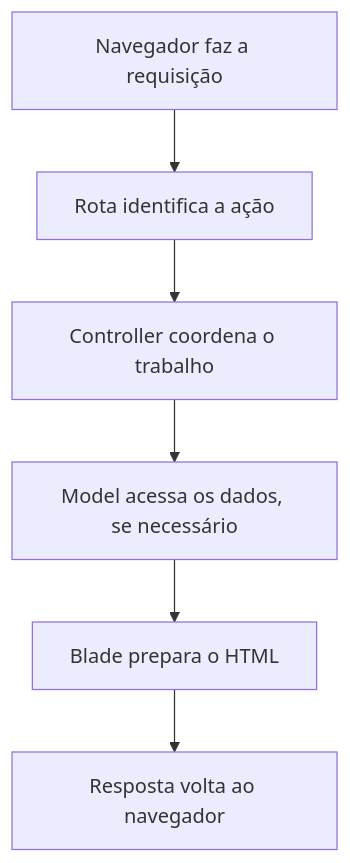
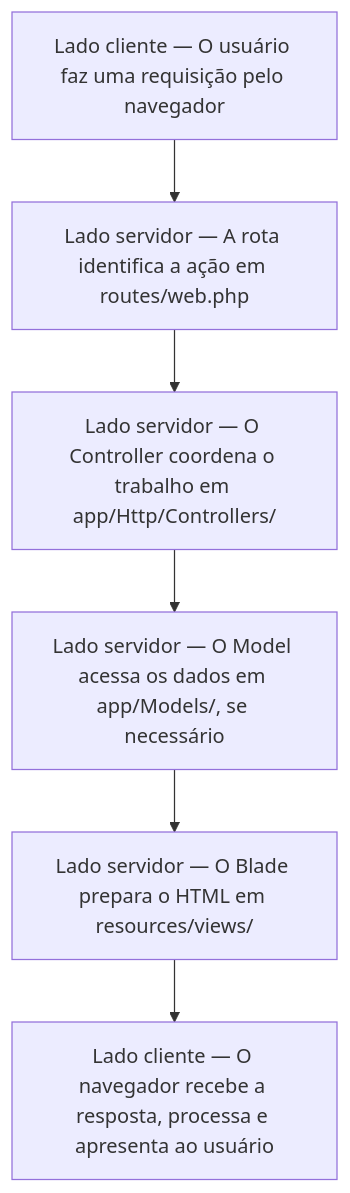
One commit to AlexandreSGV/curso-web-2 changed the first of 2 diagrams in unidade-1/01-primeiro-contato-laravel/README.md. Above: the diagram before and after it, drawn with Mermaid. The commit also changed other lines of this file, not shown here.

Commit message:
Melhora diagramas de fluxo do Laravel

````diff
--- a/unidade-1/01-primeiro-contato-laravel/README.md
+++ b/unidade-1/01-primeiro-contato-laravel/README.md
@@ -65,8 +66,8 @@
 ```mermaid
 flowchart TD
-    A["Navegador faz a requisição"] --> B["Rota identifica a ação"]
-    B --> C["Controller coordena o trabalho"]
-    C --> D["Model acessa os dados, se necessário"]
-    D --> E["Blade prepara o HTML"]
-    E --> F["Resposta volta ao navegador"]
+    A["Lado cliente — O usuário faz uma requisição pelo navegador"] --> B["Lado servidor — A rota identifica a ação em routes/web.php"]
+    B --> C["Lado servidor — O Controller coordena o trabalho em app/Http/Controllers/"]
+    C --> D["Lado servidor — O Model acessa os dados em app/Models/, se necessário"]
+    D --> E["Lado servidor — O Blade prepara o HTML em resources/views/"]
+    E --> F["Lado cliente — O navegador recebe a resposta, processa e apresenta ao usuário"]
 ```
````
